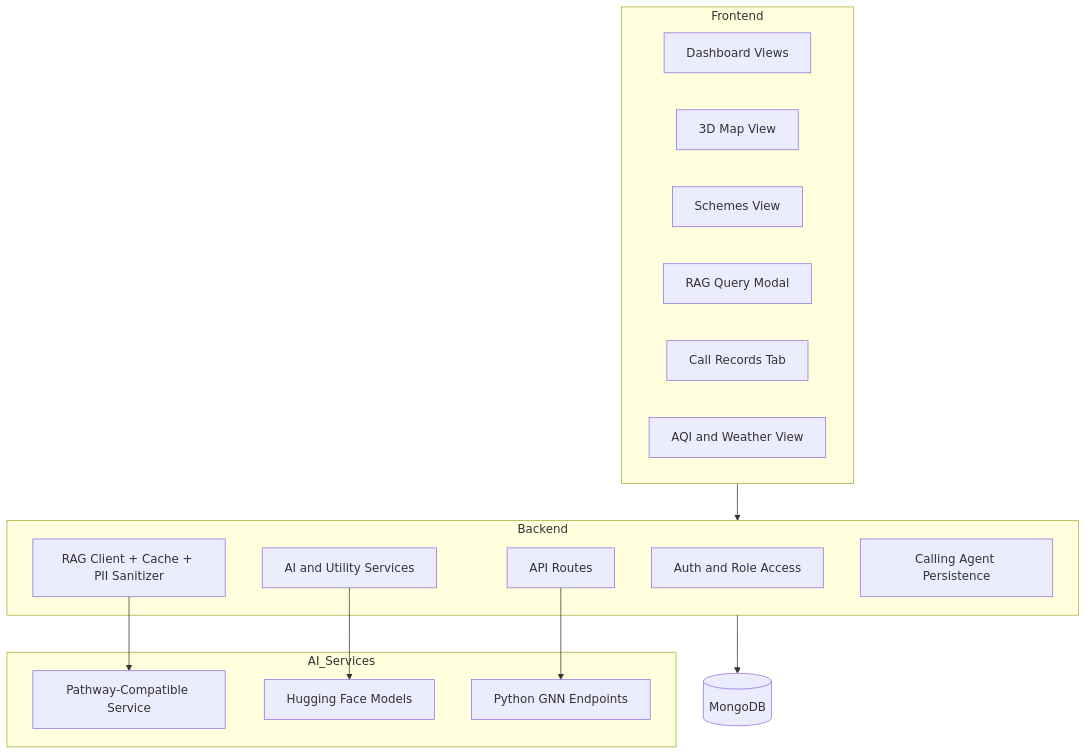
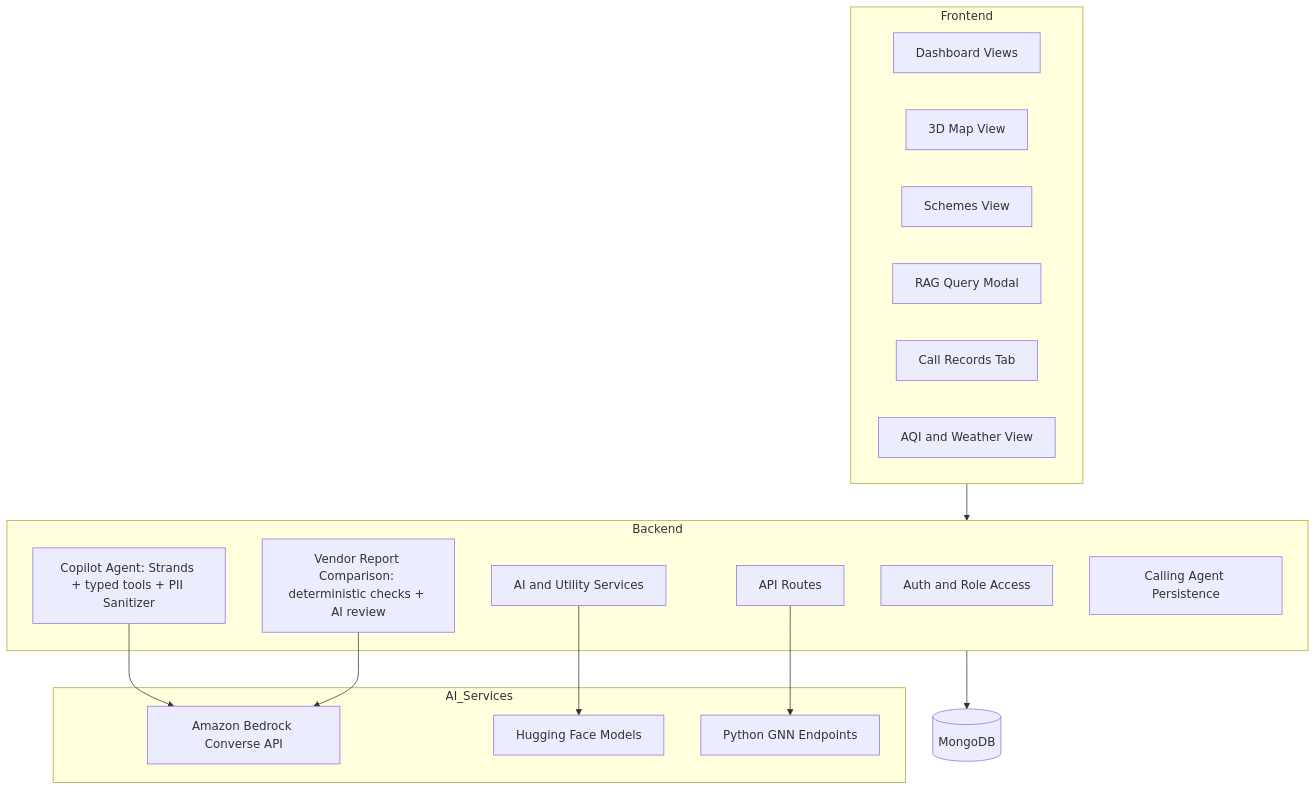
Before and after one commit to Abhishekmishra2808/RuraLens: the second of 4 diagrams in README.md, drawn with Mermaid. The commit also changed other lines of this file and 63 other files, not shown here.

First line of the commit message:
Migrate Copilot and vendor report comparison to Amazon Bedrock; remove Pathway

````diff
--- a/README.md
+++ b/README.md
@@ -80,31 +81,33 @@
 ```mermaid
 flowchart TB
                 subgraph Frontend
                         DASH[Dashboard Views]
                         MAP[3D Map View]
                         SCHEMES[Schemes View]
                         RAGMODAL[RAG Query Modal]
                         CALLTAB[Call Records Tab]
                         AQI[AQI and Weather View]
                 end
 
                 subgraph Backend
                         AUTH[Auth and Role Access]
                         ROUTES[API Routes]
-                        RAGCLIENT[RAG Client + Cache + PII Sanitizer]
+                        COPILOT[Copilot Agent: Strands + typed tools + PII Sanitizer]
+                        VENDOR[Vendor Report Comparison: deterministic checks + AI review]
                         SERVICES[AI and Utility Services]
                         RINGG[Calling Agent Persistence]
                 end
 
                 subgraph AI_Services
-                        PATHWAY[Pathway-Compatible Service]
+                        BEDROCK[Amazon Bedrock Converse API]
                         HF[Hugging Face Models]
                         GNNPY[Python GNN Endpoints]
                 end
 
                 Frontend --> Backend
                 Backend --> DB[(MongoDB)]
-                RAGCLIENT --> PATHWAY
+                COPILOT --> BEDROCK
+                VENDOR --> BEDROCK
                 SERVICES --> HF
                 ROUTES --> GNNPY
 ```
````
